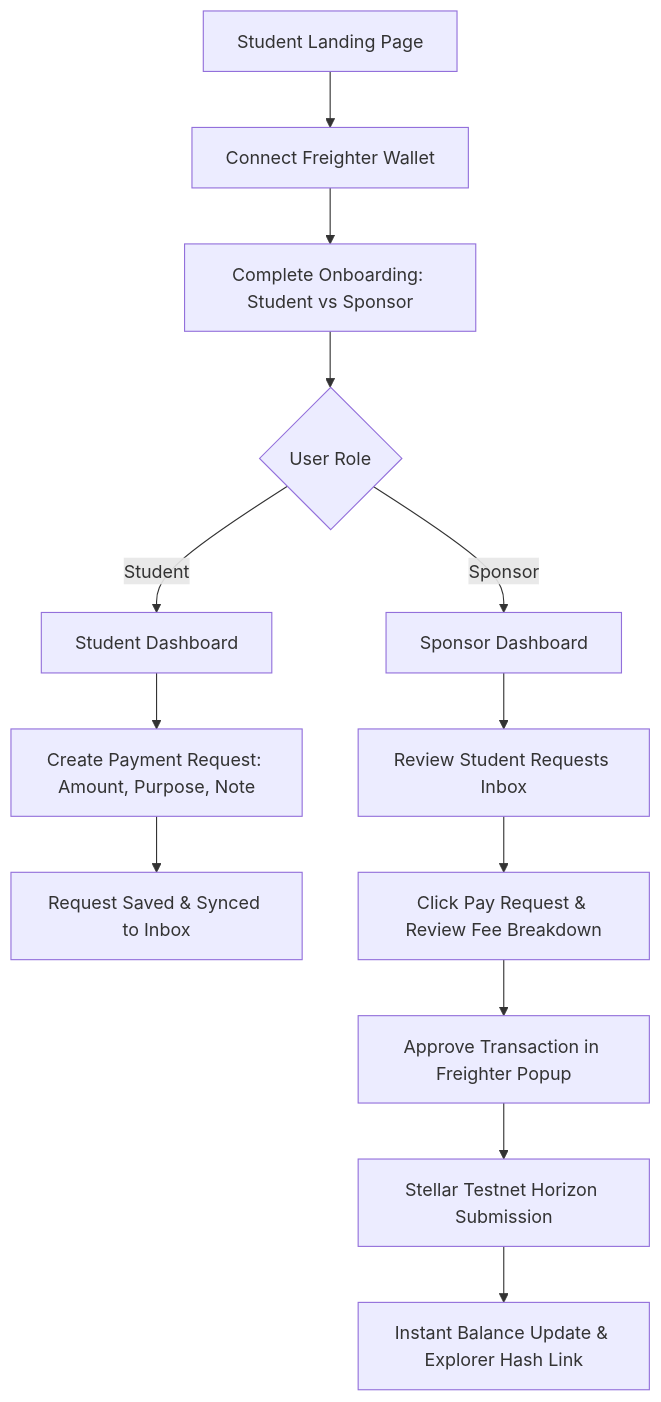
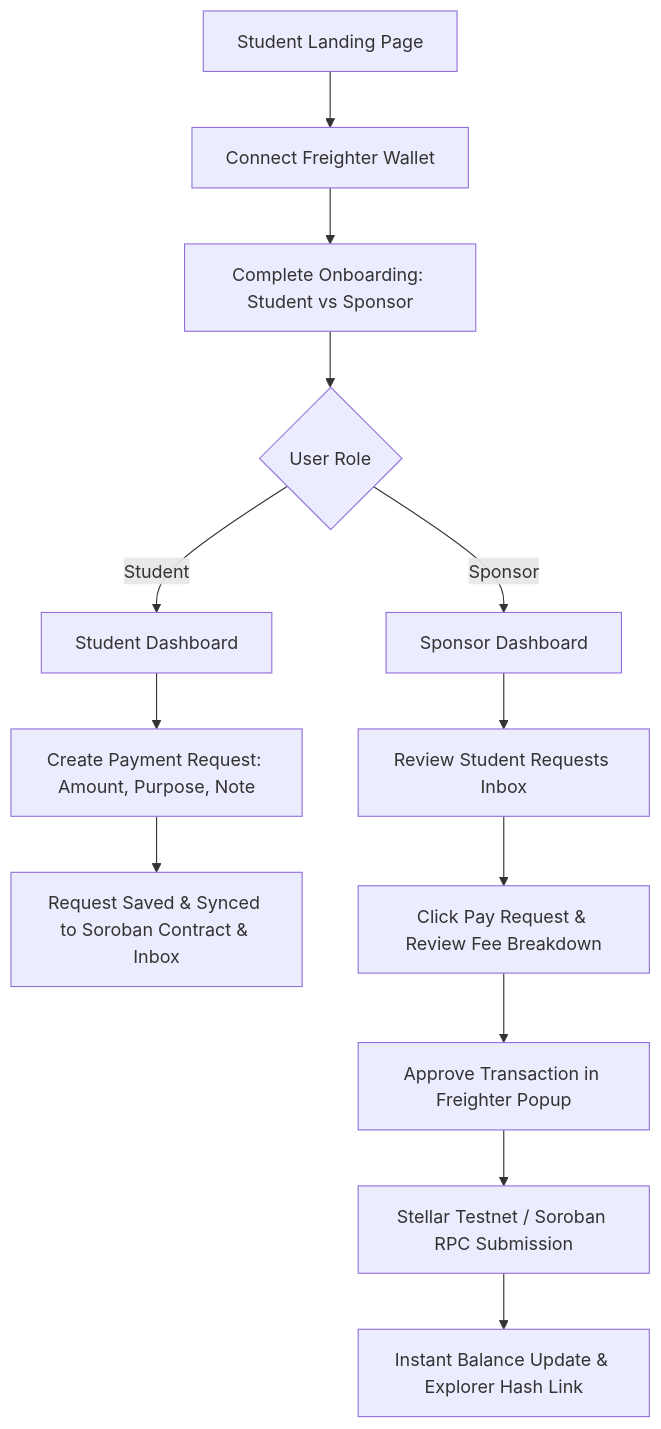
One commit to nikitabiradar231/crosspay changed the diagram in README.md. Above: the diagram before and after it, drawn with Mermaid. The commit also changed other lines of this file, not shown here.

Commit message:
docs: Update README.md with verified Soroban contract invocation hashes and manual submission checklist

````diff
--- a/README.md
+++ b/README.md
@@ -50,15 +50,15 @@
 ```mermaid
 graph TD
     A[Student Landing Page] --> B[Connect Freighter Wallet]
     B --> C[Complete Onboarding: Student vs Sponsor]
     C --> D{User Role}
     D -->|Student| E[Student Dashboard]
     D -->|Sponsor| F[Sponsor Dashboard]
     E --> G[Create Payment Request: Amount, Purpose, Note]
-    G --> H[Request Saved & Synced to Inbox]
+    G --> H[Request Saved & Synced to Soroban Contract & Inbox]
     F --> I[Review Student Requests Inbox]
     I --> J[Click Pay Request & Review Fee Breakdown]
     J --> K[Approve Transaction in Freighter Popup]
-    K --> L[Stellar Testnet Horizon Submission]
+    K --> L[Stellar Testnet / Soroban RPC Submission]
     L --> M[Instant Balance Update & Explorer Hash Link]
 ```
````
